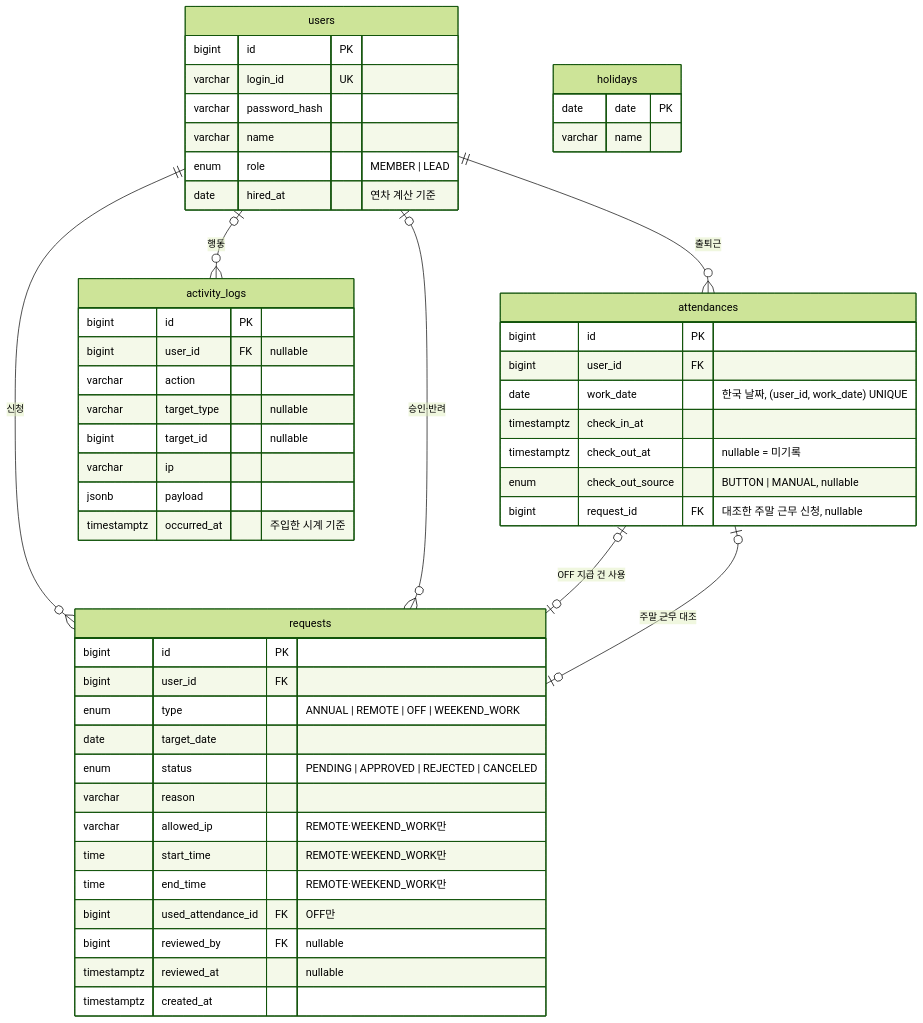
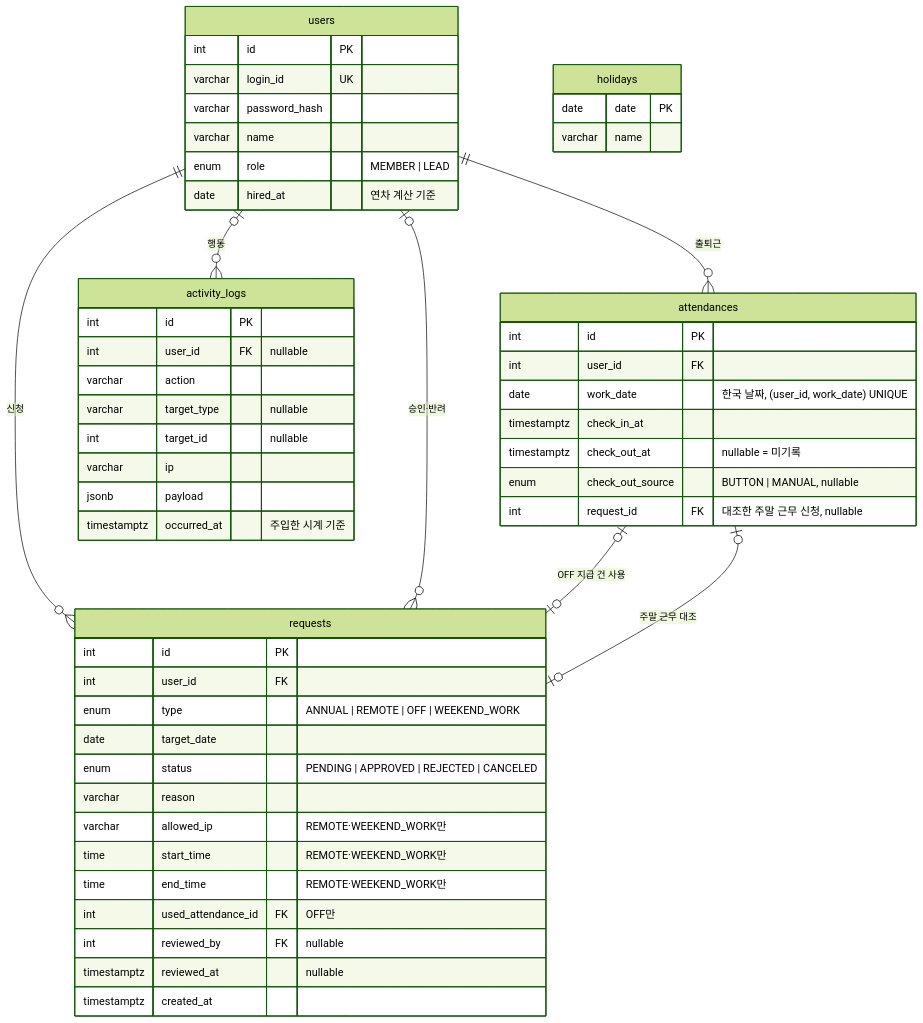
Before and after one commit to YunTaeKyun93/hiconsy-attendance: the diagram in docs/DESIGN.md, drawn with Mermaid (forest theme). The commit also changed other lines of this file and 56 other files, not shown here.

````diff
--- a/docs/DESIGN.md
+++ b/docs/DESIGN.md
@@ -24,60 +24,60 @@
 ```mermaid
 erDiagram
     users ||--o{ attendances : "출퇴근"
     users ||--o{ requests : "신청"
     users |o--o{ requests : "승인·반려"
     users |o--o{ activity_logs : "행동"
     requests |o--o| attendances : "주말 근무 대조"
     attendances |o--o| requests : "OFF 지급 건 사용"
 
     users {
-        bigint id PK
+        int id PK
         varchar login_id UK
         varchar password_hash
         varchar name
         enum role "MEMBER | LEAD"
         date hired_at "연차 계산 기준"
     }
 
     attendances {
-        bigint id PK
-        bigint user_id FK
+        int id PK
+        int user_id FK
         date work_date "한국 날짜, (user_id, work_date) UNIQUE"
         timestamptz check_in_at
         timestamptz check_out_at "nullable = 미기록"
         enum check_out_source "BUTTON | MANUAL, nullable"
-        bigint request_id FK "대조한 주말 근무 신청, nullable"
+        int request_id FK "대조한 주말 근무 신청, nullable"
     }
 
     requests {
-        bigint id PK
-        bigint user_id FK
+        int id PK
+        int user_id FK
         enum type "ANNUAL | REMOTE | OFF | WEEKEND_WORK"
         date target_date
         enum status "PENDING | APPROVED | REJECTED | CANCELED"
         varchar reason
         varchar allowed_ip "REMOTE·WEEKEND_WORK만"
         time start_time "REMOTE·WEEKEND_WORK만"
         time end_time "REMOTE·WEEKEND_WORK만"
-        bigint used_attendance_id FK "OFF만"
-        bigint reviewed_by FK "nullable"
+        int used_attendance_id FK "OFF만"
+        int reviewed_by FK "nullable"
         timestamptz reviewed_at "nullable"
         timestamptz created_at
     }
 
     activity_logs {
-        bigint id PK
-        bigint user_id FK "nullable"
+        int id PK
+        int user_id FK "nullable"
         varchar action
         varchar target_type "nullable"
-        bigint target_id "nullable"
+        int target_id "nullable"
         varchar ip
         jsonb payload
         timestamptz occurred_at "주입한 시계 기준"
     }
 
     holidays {
         date date PK
         varchar name
     }
 ```
````
